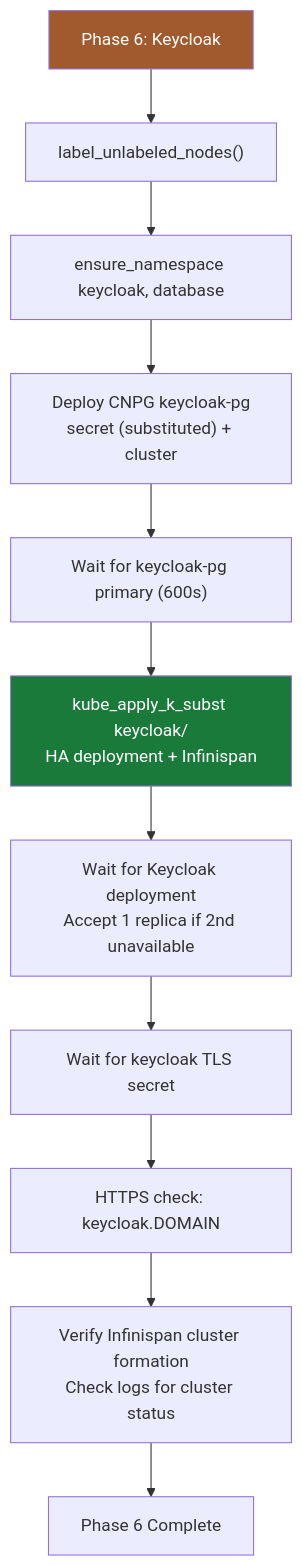
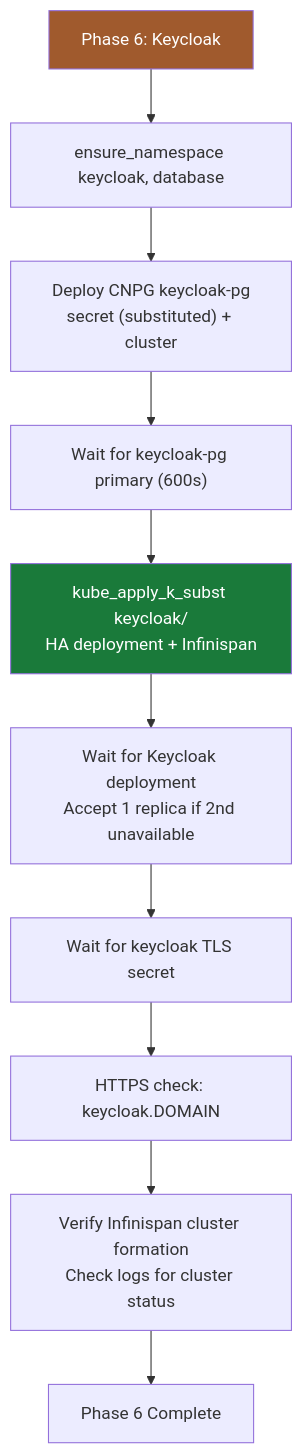
Before and after one commit to derhornspieler/harvester-rke2-platform: the tenth of 22 diagrams in docs/engineering/deployment-automation.md, drawn with Mermaid. The commit also changed other lines of this file and 50 other files, not shown here.

````diff
--- a/docs/engineering/deployment-automation.md
+++ b/docs/engineering/deployment-automation.md
@@ -595,22 +636,20 @@
 ```mermaid
 flowchart TD
-    START["Phase 6: Keycloak"] --> LABELS["label_unlabeled_nodes()"]
-
-    LABELS --> NS["ensure_namespace keycloak, database"]
+    START["Phase 6: Keycloak"] --> NS["ensure_namespace keycloak, database"]
 
     NS --> PG["Deploy CNPG keycloak-pg<br/>secret (substituted) + cluster"]
     PG --> PGW["Wait for keycloak-pg primary (600s)"]
 
     PGW --> KC["kube_apply_k_subst keycloak/<br/>HA deployment + Infinispan"]
     KC --> KCW["Wait for Keycloak deployment<br/>Accept 1 replica if 2nd unavailable"]
 
     KCW --> TLS["Wait for keycloak TLS secret"]
     TLS --> HTTPS["HTTPS check: keycloak.DOMAIN"]
 
     HTTPS --> ISP["Verify Infinispan cluster formation<br/>Check logs for cluster status"]
 
     ISP --> DONE["Phase 6 Complete"]
 
     style START fill:#a05a2d,color:#fff
     style KC fill:#1a7a3a,color:#fff
 ```
````
